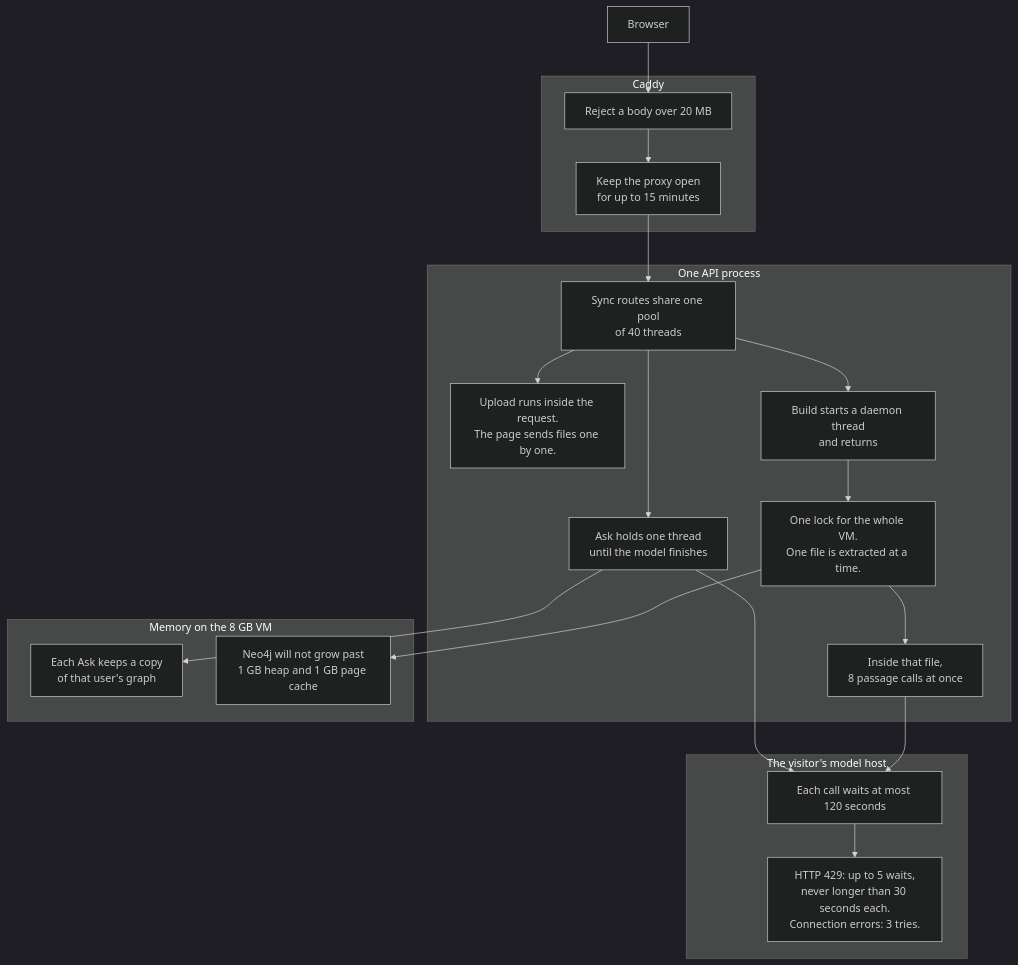
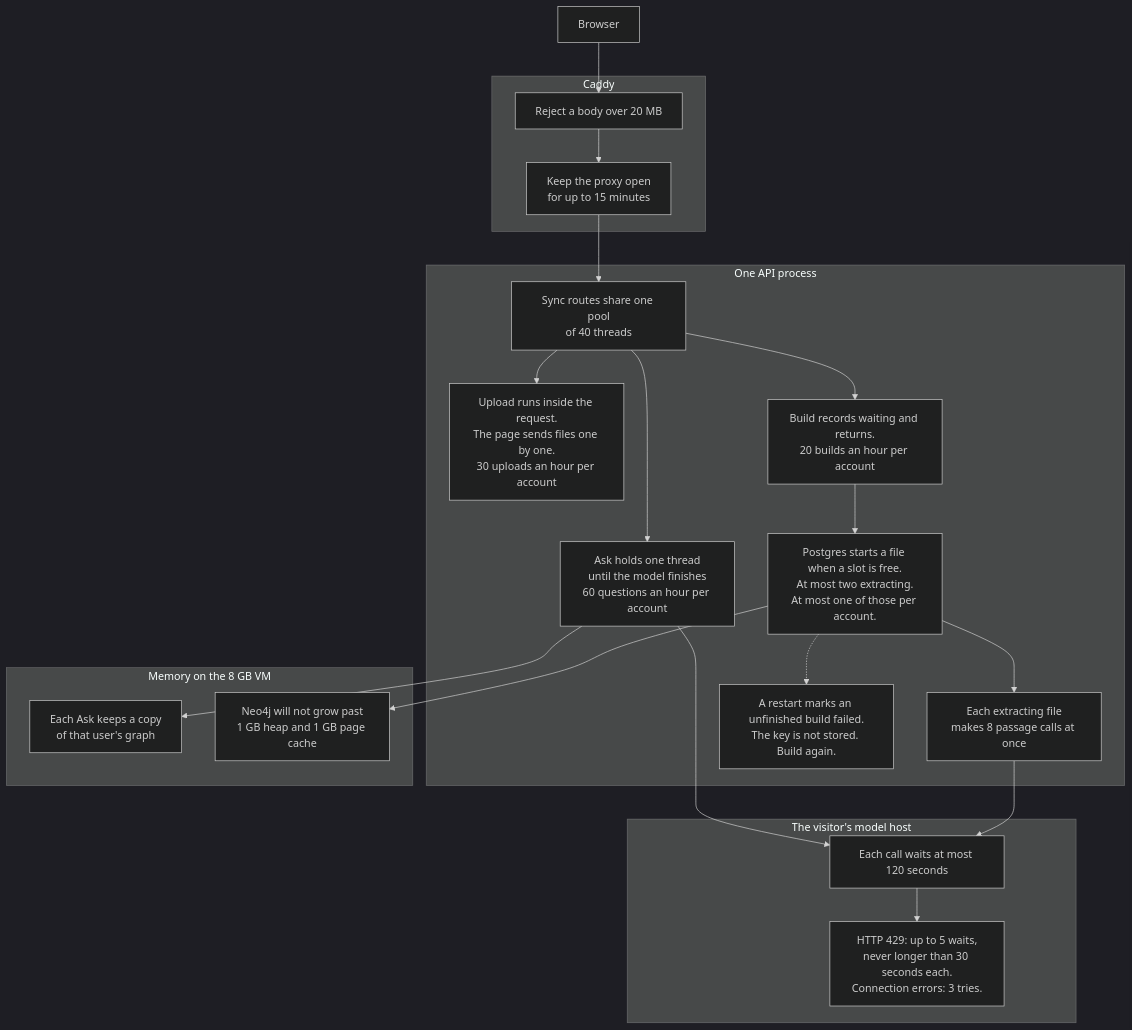
Before and after one commit to chikku1234568/jewel: the diagram in docs/diagrams/11-concurrency.mmd, drawn with Mermaid (dark theme). The commit also changed 4 other files, not shown here.

First line of the commit message:
Draw the two-file build queue and the hourly caps.

```diff
--- a/docs/diagrams/11-concurrency.mmd
+++ b/docs/diagrams/11-concurrency.mmd
@@ -1,39 +1,41 @@
 %% name: 11-concurrency
 %% keep: hand
-%% Where work piles up. Jewel does not count requests per person or per minute.
+%% Where work piles up. Two files can extract at once. Each account has an hourly cap.
 flowchart TB
     browser[Browser]
 
     subgraph edge [Caddy]
         body[Reject a body over 20 MB]
         hold[Keep the proxy open<br/>for up to 15 minutes]
     end
 
     subgraph process [One API process]
         pool["Sync routes share one pool<br/>of 40 threads"]
-        up["Upload runs inside the request.<br/>The page sends files one by one."]
-        ask["Ask holds one thread<br/>until the model finishes"]
-        start["Build starts a daemon thread<br/>and returns"]
-        lock["One lock for the whole VM.<br/>One file is extracted at a time."]
-        eight["Inside that file,<br/>8 passage calls at once"]
+        up["Upload runs inside the request.<br/>The page sends files one by one.<br/>30 uploads an hour per account"]
+        ask["Ask holds one thread<br/>until the model finishes<br/>60 questions an hour per account"]
+        start["Build records waiting and returns.<br/>20 builds an hour per account"]
+        slots["Postgres starts a file when a slot is free.<br/>At most two extracting.<br/>At most one of those per account."]
+        eight["Each extracting file<br/>makes 8 passage calls at once"]
+        restart["A restart marks an unfinished build failed.<br/>The key is not stored. Build again."]
     end
 
     subgraph provider ["The visitor's model host"]
         modelCall["Each call waits at most 120 seconds"]
         retry["HTTP 429: up to 5 waits,<br/>never longer than 30 seconds each.<br/>Connection errors: 3 tries."]
     end
 
     subgraph memory [Memory on the 8 GB VM]
         copy["Each Ask keeps a copy<br/>of that user's graph"]
         neo["Neo4j will not grow past<br/>1 GB heap and 1 GB page cache"]
     end
 
     browser --> body --> hold --> pool
     pool --> up
     pool --> ask
-    pool --> start --> lock --> eight
+    pool --> start --> slots --> eight
+    slots -.-> restart
     ask --> modelCall
     eight --> modelCall
     modelCall --> retry
     ask --> copy
-    lock --> neo
+    slots --> neo
```
